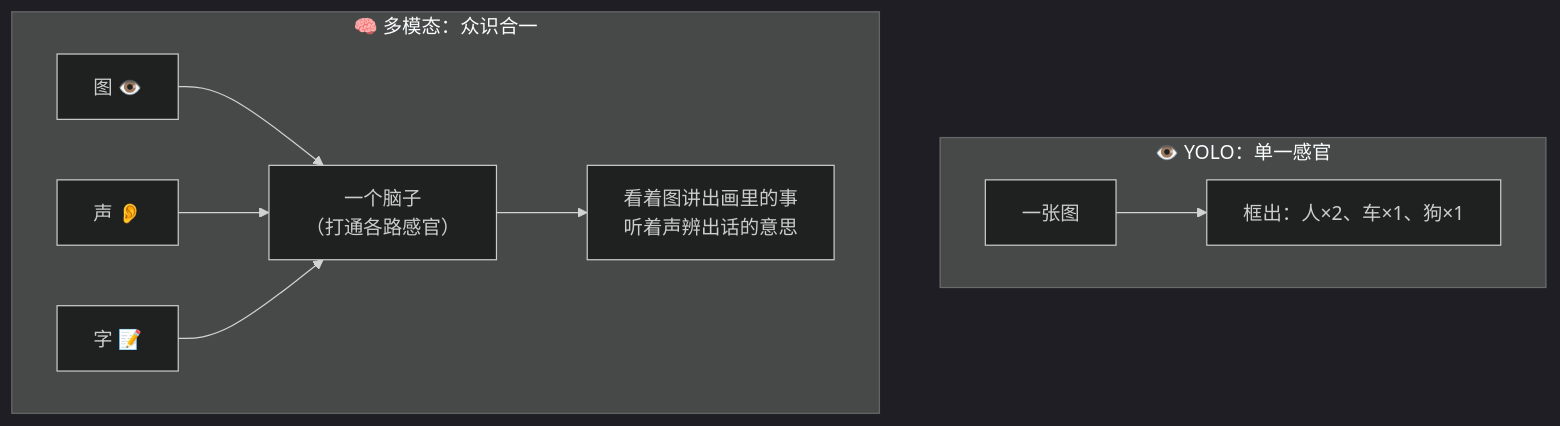
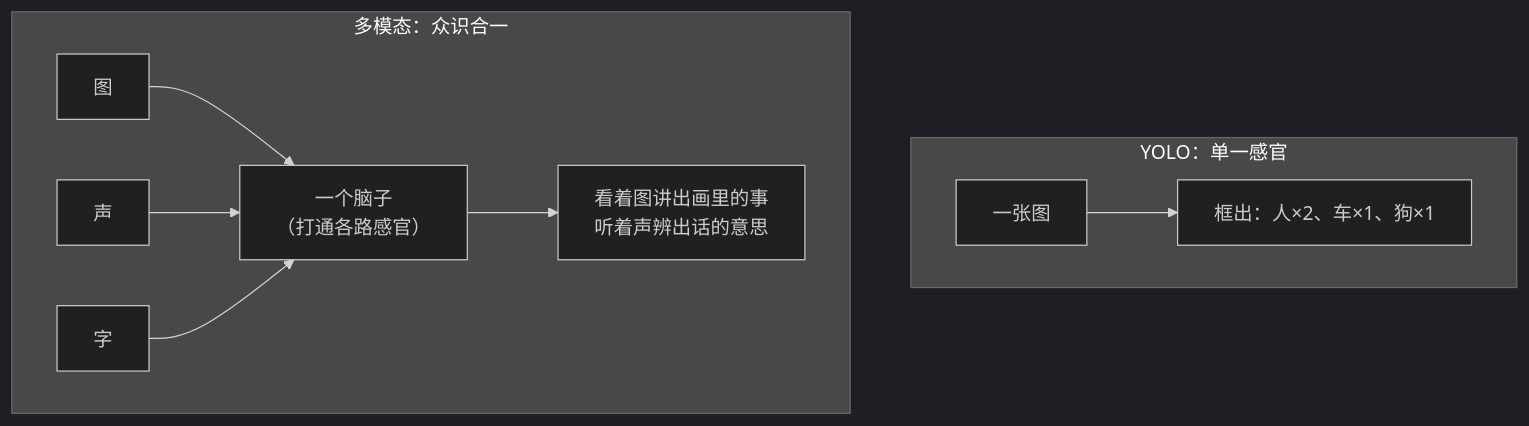
The third of 6 diagrams in docs/02_CONCEPTS_概念入门/CONCEPT/[CONCEPT-27] 什么是多模态-Multimodal.md (luckykhy/KhyAiHub), drawn with Mermaid (dark theme) before and after one commit. The commit also changed other lines of this file and 19 other files, not shown here.

````diff
--- a/docs/02_CONCEPTS_概念入门/CONCEPT/[CONCEPT-27] 什么是多模态-Multimodal.md
+++ b/docs/02_CONCEPTS_概念入门/CONCEPT/[CONCEPT-27] 什么是多模态-Multimodal.md
@@ -107,12 +107,12 @@
 ```mermaid
 flowchart TB
-  subgraph 单眼["👁️ YOLO：单一感官"]
+  subgraph 单眼["YOLO：单一感官"]
     Y1["一张图"] --> Y2["框出：人×2、车×1、狗×1"]
   end
-  subgraph 合一["🧠 多模态：众识合一"]
-    M1["图 👁️"] --> MB["一个脑子<br/>（打通各路感官）"]
-    M2["声 👂"] --> MB
-    M3["字 📝"] --> MB
+  subgraph 合一["多模态：众识合一"]
+    M1["图"] --> MB["一个脑子<br/>（打通各路感官）"]
+    M2["声"] --> MB
+    M3["字"] --> MB
     MB --> M4["看着图讲出画里的事<br/>听着声辨出话的意思"]
   end
 ```
````
